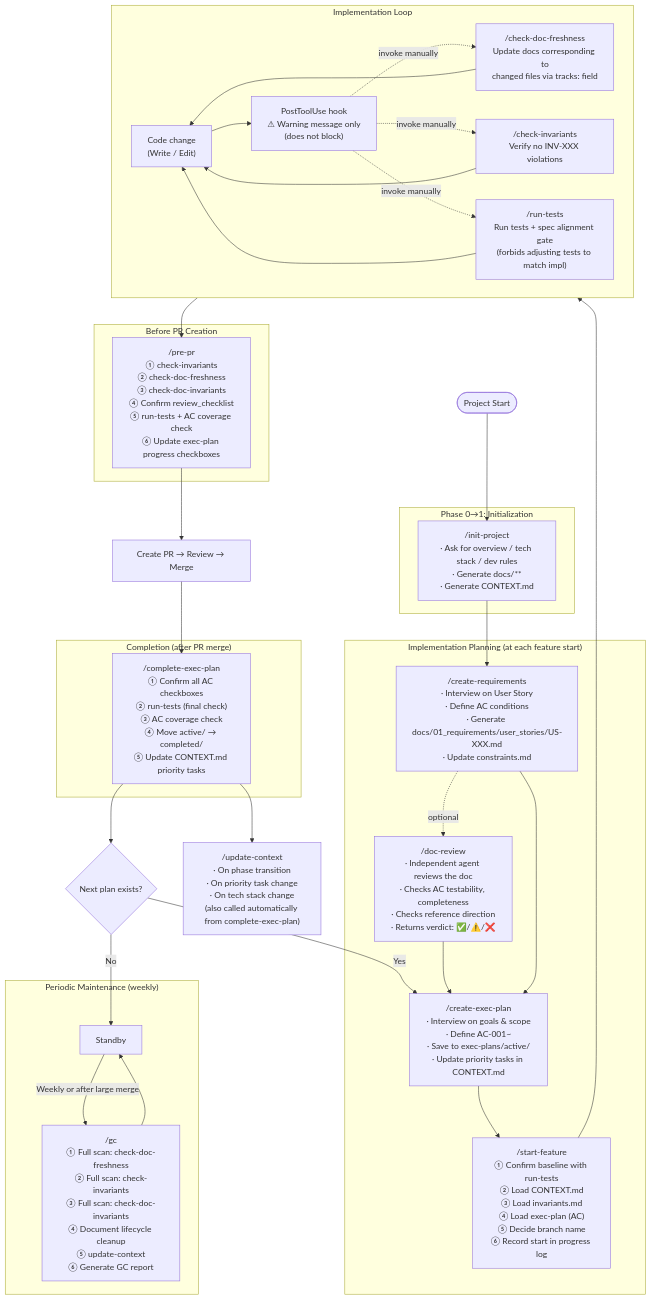
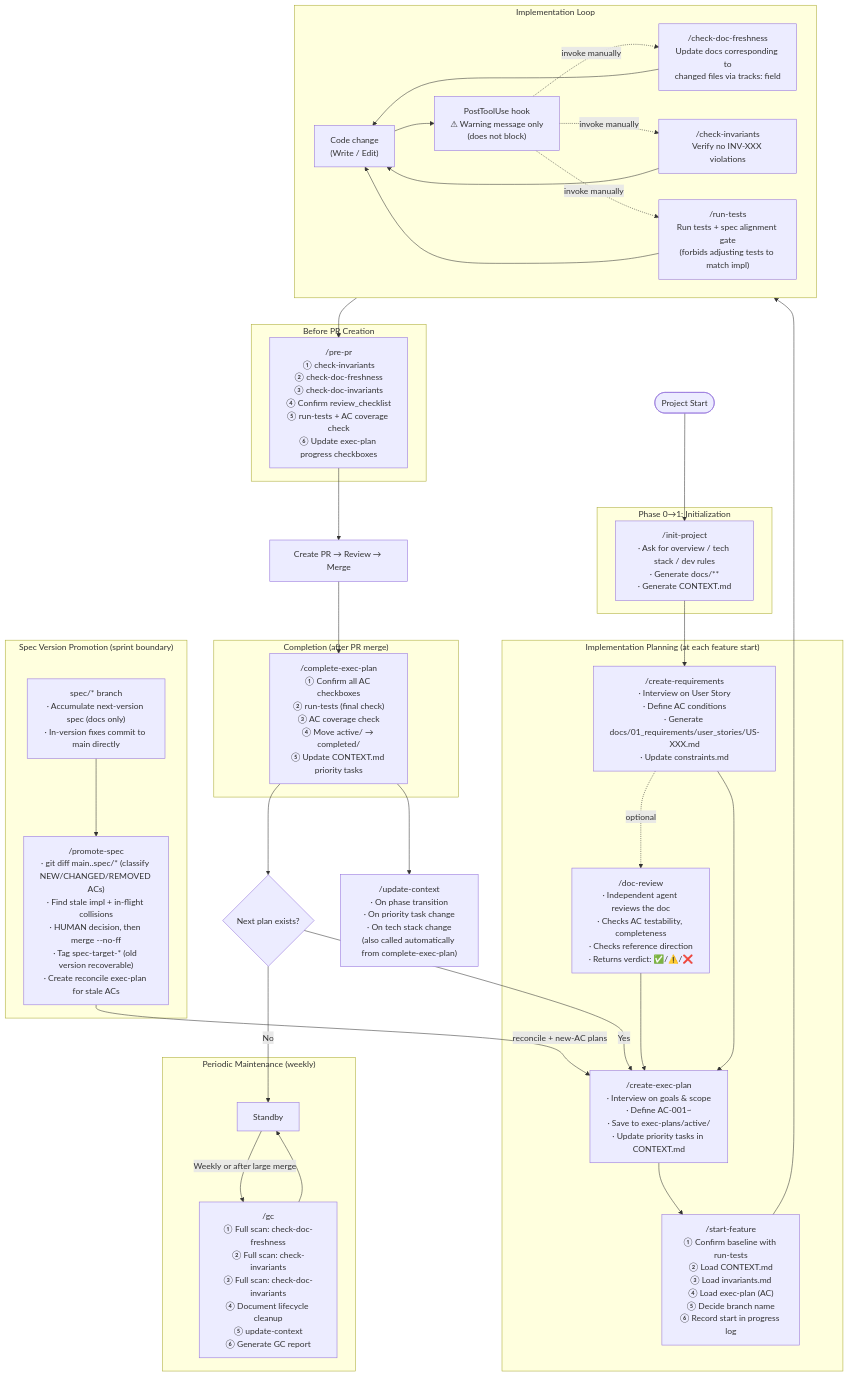
One commit to aki-senri/DocDDTemplate changed the first of 2 diagrams in SKILL_FLOW.md. Above: the diagram before and after it, drawn with Mermaid. The commit also changed other lines of this file and 3 other files, not shown here.

First line of the commit message:
feat: spec バージョン管理（ブランチ運用）と /promote-spec を追加

````diff
--- a/SKILL_FLOW.md
+++ b/SKILL_FLOW.md
@@ -5,68 +5,76 @@
 ```mermaid
 flowchart TD
     START([Project Start]) --> INIT
 
     subgraph PHASE01["Phase 0→1: Initialization"]
         INIT["/init-project\n· Ask for overview / tech stack / dev rules\n· Generate docs/**\n· Generate CONTEXT.md"]
     end
 
     INIT --> REQ
 
     subgraph PLAN_PHASE["Implementation Planning (at each feature start)"]
         REQ["/create-requirements\n· Interview on User Story\n· Define AC conditions\n· Generate docs/01_requirements/user_stories/US-XXX.md\n· Update constraints.md"]
         REQ -.->|optional| DR
         DR["/doc-review\n· Independent agent reviews the doc\n· Checks AC testability, completeness\n· Checks reference direction\n· Returns verdict: ✅/⚠️/❌"]
         DR --> PLAN
         REQ --> PLAN
         PLAN["/create-exec-plan\n· Interview on goals & scope\n· Define AC-001~\n· Save to exec-plans/active/\n· Update priority tasks in CONTEXT.md"]
         PLAN --> SF
         SF["/start-feature\n① Confirm baseline with run-tests\n② Load CONTEXT.md\n③ Load invariants.md\n④ Load exec-plan (AC)\n⑤ Decide branch name\n⑥ Record start in progress log"]
     end
 
     SF --> IMPL
 
     subgraph IMPL["Implementation Loop"]
         CODE["Code change\n(Write / Edit)"]
         HOOK["PostToolUse hook\n⚠ Warning message only\n(does not block)"]
         CDF["/check-doc-freshness\nUpdate docs corresponding to\nchanged files via tracks: field"]
         CI["/check-invariants\nVerify no INV-XXX violations"]
         RT["/run-tests\nRun tests + spec alignment gate\n(forbids adjusting tests to match impl)"]
 
         CODE --> HOOK
         HOOK -.->|invoke manually| CDF
         HOOK -.->|invoke manually| CI
         HOOK -.->|invoke manually| RT
         CDF --> CODE
         CI --> CODE
         RT --> CODE
     end
 
     IMPL --> PREPR
 
     subgraph PREPR_PHASE["Before PR Creation"]
         PREPR["/pre-pr\n① check-invariants\n② check-doc-freshness\n③ check-doc-invariants\n④ Confirm review_checklist\n⑤ run-tests + AC coverage check\n⑥ Update exec-plan progress checkboxes"]
     end
 
     PREPR --> PR
     PR["Create PR → Review → Merge"]
     PR --> COMPLETE
 
     subgraph COMPLETE_PHASE["Completion (after PR merge)"]
         COMPLETE["/complete-exec-plan\n① Confirm all AC checkboxes\n② run-tests (final check)\n③ AC coverage check\n④ Move active/ → completed/\n⑤ Update CONTEXT.md priority tasks"]
     end
 
     COMPLETE --> NEXT
     NEXT{Next plan exists?}
     NEXT -->|Yes| PLAN
     NEXT -->|No| GC_WAIT
 
     subgraph GC_PHASE["Periodic Maintenance (weekly)"]
         GC_WAIT["Standby"]
         GC["/gc\n① Full scan: check-doc-freshness\n② Full scan: check-invariants\n③ Full scan: check-doc-invariants\n④ Document lifecycle cleanup\n⑤ update-context\n⑥ Generate GC report"]
         GC_WAIT -->|Weekly or after large merge| GC
         GC --> GC_WAIT
     end
 
+    subgraph SPEC_PROMO["Spec Version Promotion (sprint boundary)"]
+        SPECBR["spec/* branch\n· Accumulate next-version spec (docs only)\n· In-version fixes commit to main directly"]
+        PROMO["/promote-spec\n· git diff main..spec/* (classify NEW/CHANGED/REMOVED ACs)\n· Find stale impl + in-flight collisions\n· HUMAN decision, then merge --no-ff\n· Tag spec-target-* (old version recoverable)\n· Create reconcile exec-plan for stale ACs"]
+        SPECBR --> PROMO
+    end
+
+    PROMO -->|reconcile + new-AC plans| PLAN
+
     UC["/update-context\n· On phase transition\n· On priority task change\n· On tech stack change\n(also called automatically from complete-exec-plan)"]
     COMPLETE --> UC
 ```
````
